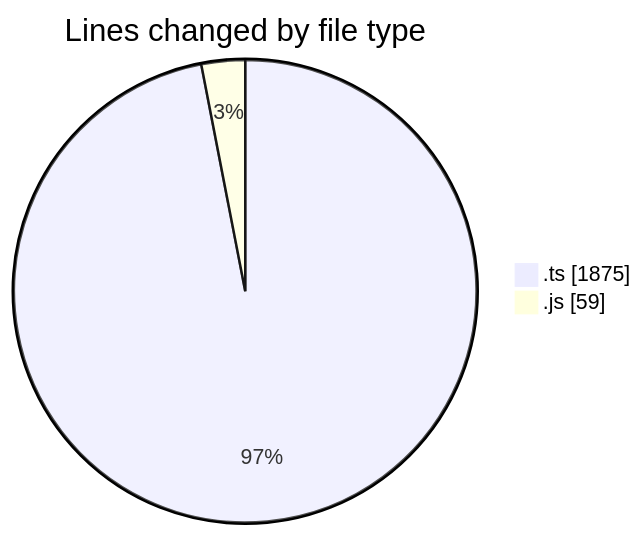
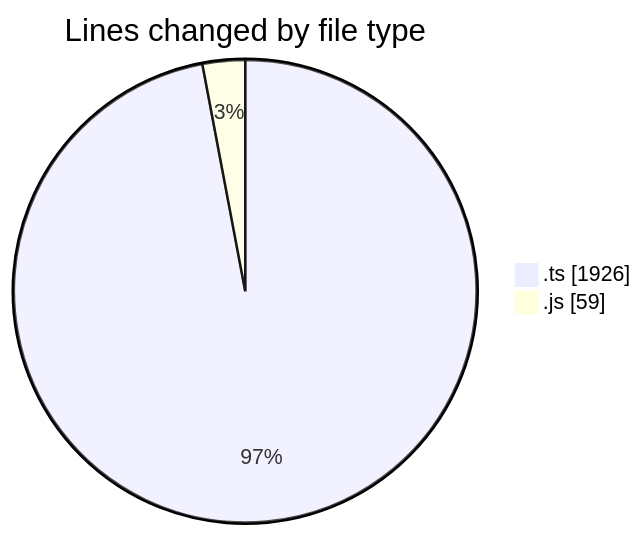
One commit to momahboobian/code-tracking changed the first of 2 diagrams in 2026-11-03/cda/README.md. Above: the diagram before and after it, drawn with Mermaid. The commit also changed other lines of this file and 1 other file, not shown here.

````diff
--- a/2026-11-03/cda/README.md
+++ b/2026-11-03/cda/README.md
@@ -30,6 +31,6 @@
 ```mermaid
 pie showData
 title Lines changed by file type
-".ts" : 1875
+".ts" : 1926
 ".js" : 59
 ```
````
